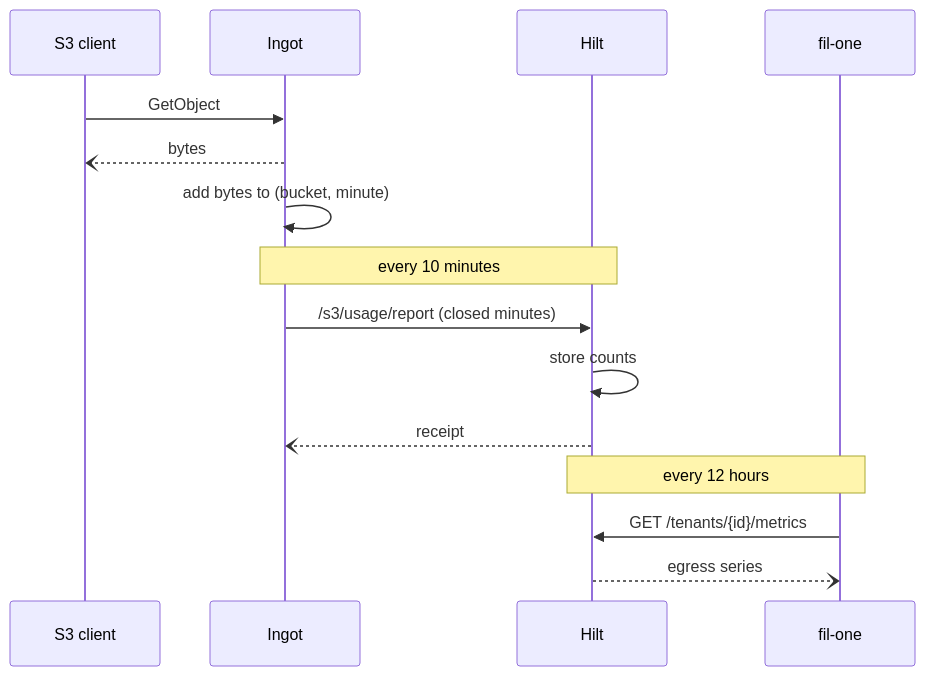
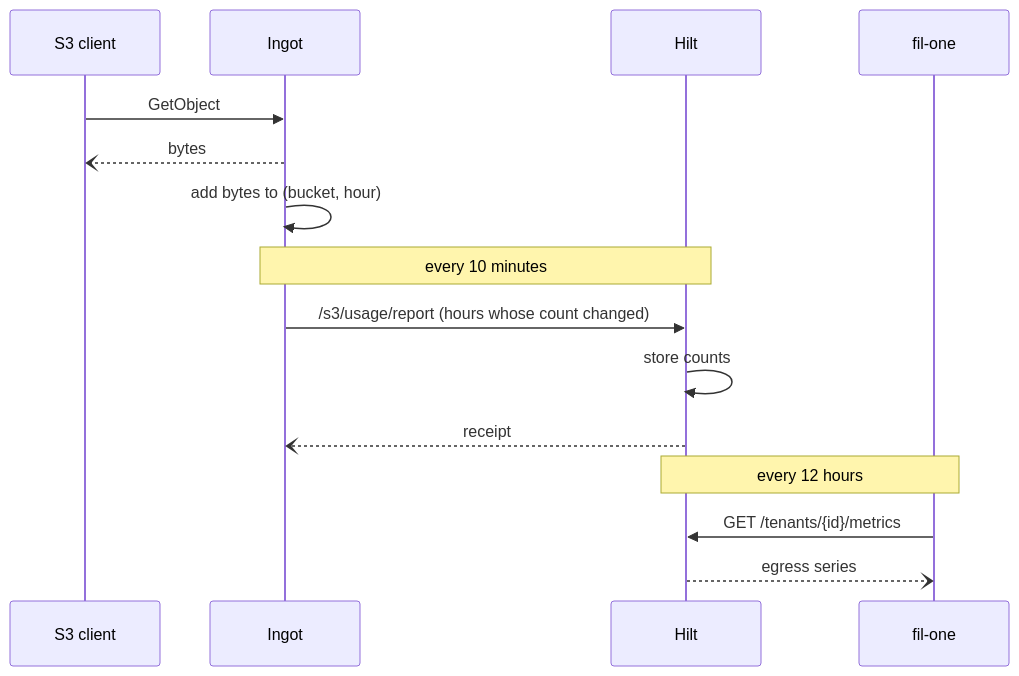
Before and after one commit to fil-one/RFC: the diagram in rfcs/2026-11-ingot-egress-counters.md, drawn with Mermaid. The commit also changed other lines of this file, not shown here.

First line of the commit message:
rfc: count by the hour, report the open hour, skip counts Hilt cannot use

````diff
--- a/rfcs/2026-11-ingot-egress-counters.md
+++ b/rfcs/2026-11-ingot-egress-counters.md
@@ -36,20 +37,20 @@
 ```mermaid
 sequenceDiagram
     participant Client as S3 client
     participant Ingot
     participant Hilt
     participant Console as fil-one
 
     Client->>Ingot: GetObject
     Ingot--)Client: bytes
-    Ingot->>Ingot: add bytes to (bucket, minute)
+    Ingot->>Ingot: add bytes to (bucket, hour)
 
     Note over Ingot,Hilt: every 10 minutes
-    Ingot->>Hilt: /s3/usage/report (closed minutes)
+    Ingot->>Hilt: /s3/usage/report (hours whose count changed)
     Hilt->>Hilt: store counts
     Hilt--)Ingot: receipt
 
     Note over Hilt,Console: every 12 hours
     Console->>Hilt: GET /tenants/{id}/metrics
     Hilt--)Console: egress series
 ```
````
